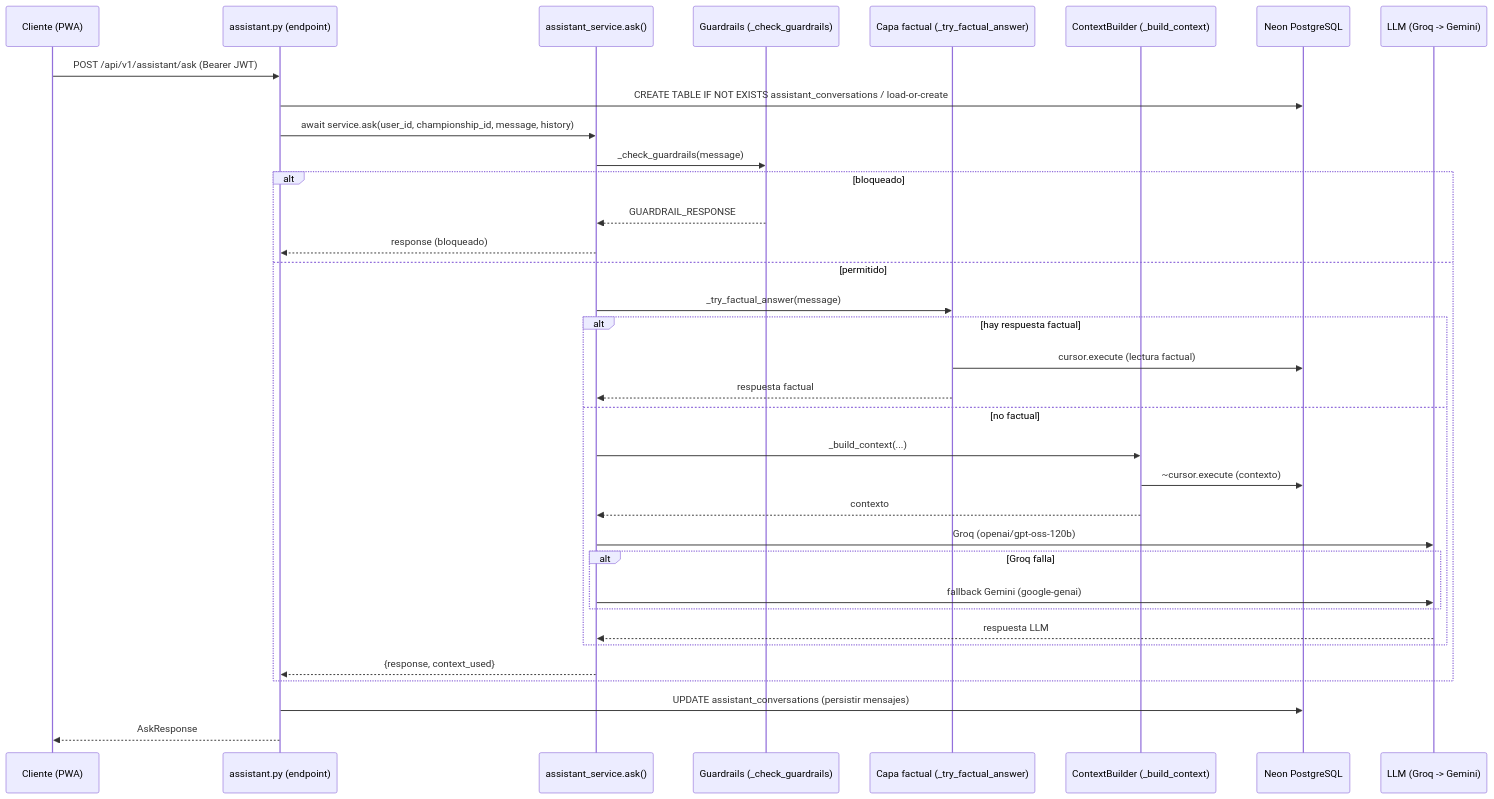
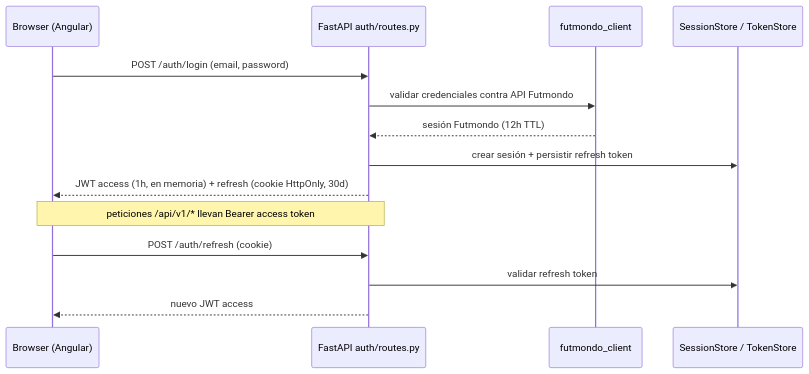
The second of 3 diagrams in aidlc/spaces/default/codekb/futmondo-analytics/architecture.md (Mutinho/futmondo-analytics), drawn with Mermaid before and after one commit. The commit also changed other lines of this file and 48 other files, not shown here.

````diff
--- a/aidlc/spaces/default/codekb/futmondo-analytics/architecture.md
+++ b/aidlc/spaces/default/codekb/futmondo-analytics/architecture.md
@@ -68,37 +73,16 @@
 ```mermaid
 sequenceDiagram
-  participant C as Cliente (PWA)
-  participant E as assistant.py (endpoint)
-  participant S as assistant_service.ask()
-  participant G as Guardrails (_check_guardrails)
-  participant F as Capa factual (_try_factual_answer)
-  participant CB as ContextBuilder (_build_context)
-  participant DB as Neon PostgreSQL
-  participant L as LLM (Groq -> Gemini)
-  C->>E: POST /api/v1/assistant/ask (Bearer JWT)
-  E->>DB: CREATE TABLE IF NOT EXISTS assistant_conversations / load-or-create
-  E->>S: await service.ask(user_id, championship_id, message, history)
-  S->>G: _check_guardrails(message)
-  alt bloqueado
-    G-->>S: GUARDRAIL_RESPONSE
-    S-->>E: response (bloqueado)
-  else permitido
-    S->>F: _try_factual_answer(message)
-    alt hay respuesta factual
-      F->>DB: cursor.execute (lectura factual)
-      F-->>S: respuesta factual
-    else no factual
-      S->>CB: _build_context(...)
-      CB->>DB: ~cursor.execute (contexto)
-      CB-->>S: contexto
-      S->>L: Groq (openai/gpt-oss-120b)
-      alt Groq falla
-        S->>L: fallback Gemini (google-genai)
-      end
-      L-->>S: respuesta LLM
-    end
-    S-->>E: {response, context_used}
-  end
-  E->>DB: UPDATE assistant_conversations (persistir mensajes)
-  E-->>C: AskResponse
+  participant U as Browser (Angular)
+  participant A as FastAPI auth/routes.py
+  participant F as futmondo_client
+  participant S as SessionStore / TokenStore
+  U->>A: POST /auth/login (email, password)
+  A->>F: validar credenciales contra API Futmondo
+  F-->>A: sesión Futmondo (12h TTL)
+  A->>S: crear sesión + persistir refresh token
+  A-->>U: JWT access (1h, en memoria) + refresh (cookie HttpOnly, 30d)
+  Note over U,A: peticiones /api/v1/* llevan Bearer access token
+  U->>A: POST /auth/refresh (cookie)
+  A->>S: validar refresh token
+  A-->>U: nuevo JWT access
 ```
````
